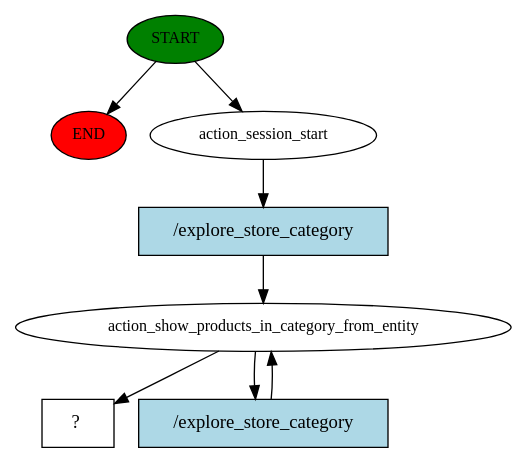
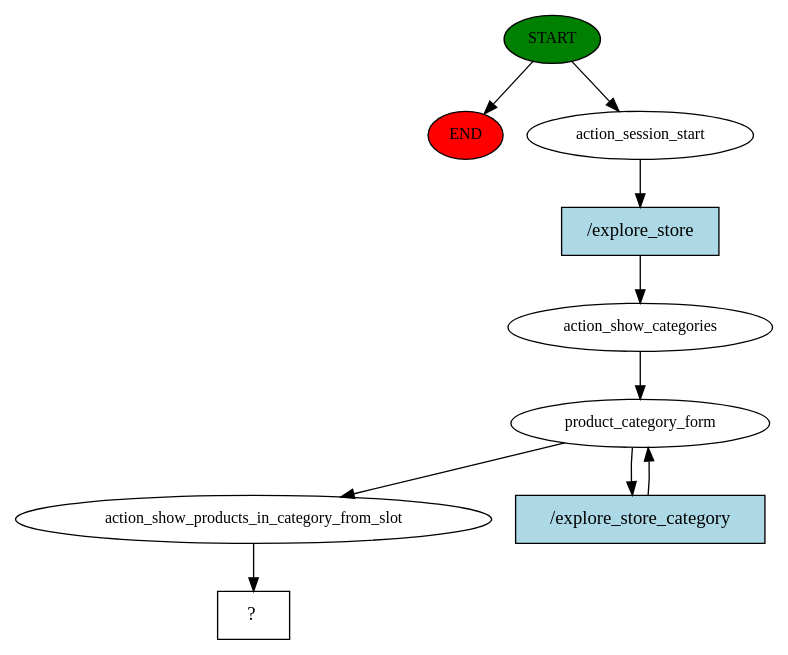
Before and after one commit to ShaderOX/codefest-21: the diagram in backend/story_graph.dot, drawn with Graphviz. The commit also changed 2 other files, not shown here.

```diff
--- a/backend/story_graph.dot
+++ b/backend/story_graph.dot
@@ -1,16 +1,20 @@
 digraph  {
 0 [class="start active", fillcolor=green, fontsize=12, label=START, style=filled];
 "-1" [class=end, fillcolor=red, fontsize=12, label=END, style=filled];
 1 [class=active, fontsize=12, label=action_session_start];
-2 [class=active, fontsize=12, label=action_show_products_in_category_from_entity];
-5 [class="intent dashed active", label="  ?  ", shape=rect];
-6 [class="intent active", fillcolor=lightblue, label="/explore_store_category", shape=rect, style=filled];
-7 [class="intent active", fillcolor=lightblue, label="/explore_store_category", shape=rect, style=filled];
+2 [class=active, fontsize=12, label=action_show_categories];
+3 [class=active, fontsize=12, label=product_category_form];
+5 [class=active, fontsize=12, label=action_show_products_in_category_from_slot];
+6 [class="intent dashed active", label="  ?  ", shape=rect];
+7 [class="intent active", fillcolor=lightblue, label="/explore_store", shape=rect, style=filled];
+8 [class="intent active", fillcolor=lightblue, label="/explore_store_category", shape=rect, style=filled];
 0 -> "-1"  [class="", key=NONE, label=""];
 0 -> 1  [class=active, key=NONE, label=""];
-1 -> 6  [class=active, key=0];
-2 -> 5  [class=active, key=NONE, label=""];
-2 -> 7  [class=active, key=0];
-6 -> 2  [class=active, key=0];
+1 -> 7  [class=active, key=0];
+2 -> 3  [class=active, key=NONE, label=""];
+3 -> 5  [class=active, key=NONE, label=""];
+3 -> 8  [class=active, key=0];
+5 -> 6  [class=active, key=NONE, label=""];
 7 -> 2  [class=active, key=0];
+8 -> 3  [class=active, key=0];
 }
```
